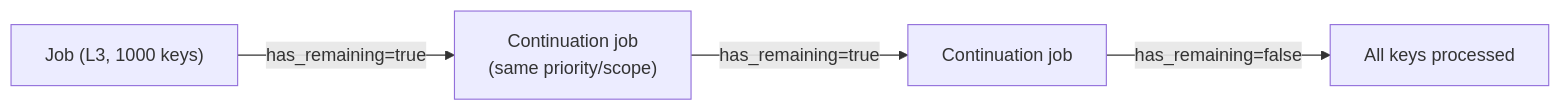
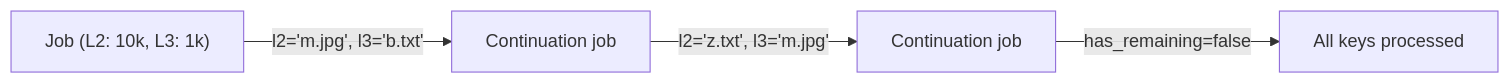
One commit to deepjoy/shoebox changed the fifth of 8 diagrams in docs/architecture/scanner.md. Above: the diagram before and after it, drawn with Mermaid. The commit also changed other lines of this file and 12 other files, not shown here.

````diff
--- a/docs/architecture/scanner.md
+++ b/docs/architecture/scanner.md
@@ -120,6 +120,6 @@
 ```mermaid
 graph LR
-    JOB1["Job (L3, 1000 keys)"] -->|has_remaining=true| JOB2["Continuation job<br>(same priority/scope)"]
-    JOB2 -->|has_remaining=true| JOB3["Continuation job"]
+    JOB1["Job (L2: 10k, L3: 1k)"] -->|l2='m.jpg', l3='b.txt'| JOB2["Continuation job"]
+    JOB2 -->|l2='z.txt', l3='m.jpg'| JOB3["Continuation job"]
     JOB3 -->|has_remaining=false| DONE[All keys processed]
 ```
````
